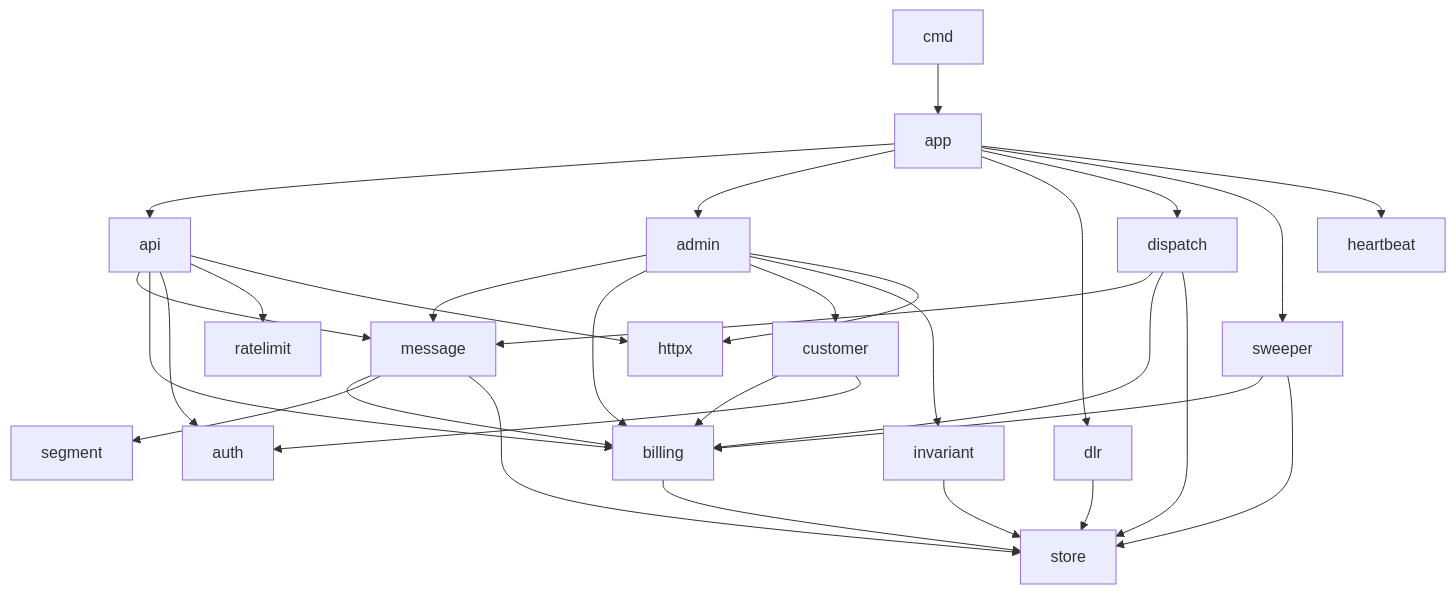
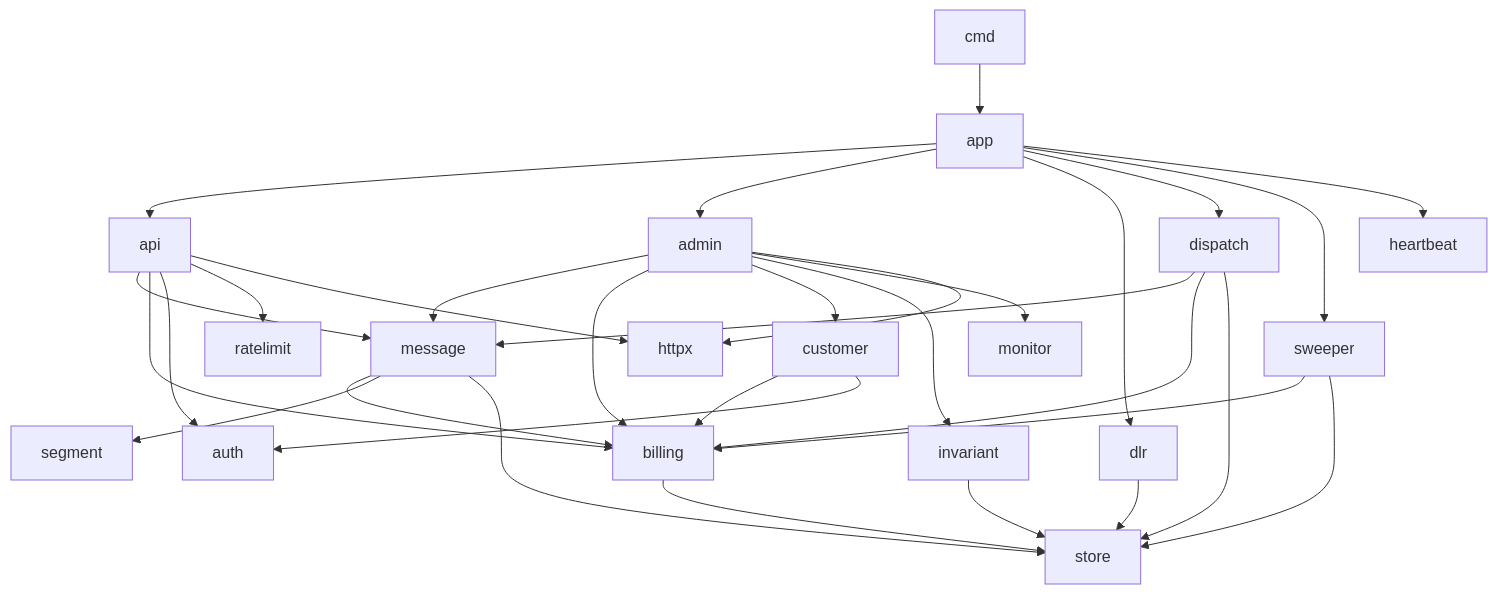
The diagram in docs/020-architecture/040-code-organization.md (mmrzaf/sms-gateway), drawn with Mermaid before and after one commit. The commit also changed other lines of this file and 19 other files, not shown here.

````diff
--- a/docs/020-architecture/040-code-organization.md
+++ b/docs/020-architecture/040-code-organization.md
@@ -92,14 +93,14 @@
 ```mermaid
 flowchart TD
     cmd --> app
     app --> api & admin & dlr & dispatch & sweeper & heartbeat
     api --> message & billing & auth & ratelimit & httpx
-    admin --> message & billing & customer & invariant & httpx
+    admin --> message & billing & customer & invariant & monitor & httpx
     customer --> billing & auth
     message --> billing & segment & store
     dispatch --> message & billing & store
     sweeper --> billing & store
     dlr --> store
     billing --> store
     invariant --> store
 ```
````
